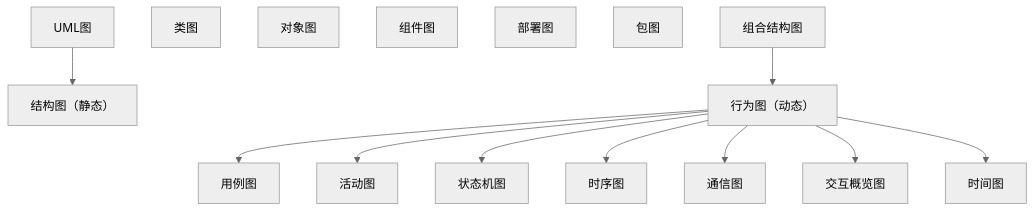
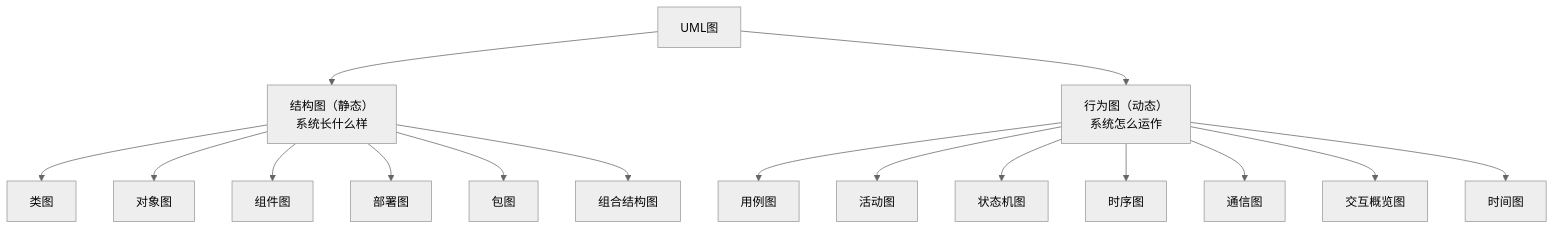
Before and after one commit to complexInG/FANDEX: the first of 8 diagrams in cnt-content/full/037-software-engineering/004-UMLGraphDetailed.md, drawn with Mermaid (neutral theme). The commit also changed other lines of this file and 219 other files, not shown here.

````diff
--- a/cnt-content/full/037-software-engineering/004-UMLGraphDetailed.md
+++ b/cnt-content/full/037-software-engineering/004-UMLGraphDetailed.md
@@ -22,28 +31,34 @@
 ```mermaid
 flowchart TD
     T0["UML图"]
-    T1["结构图（静态）"]
+    T1["结构图（静态）<br/>系统"长什么样""]
     T2["类图"]
     T3["对象图"]
     T4["组件图"]
     T5["部署图"]
     T6["包图"]
     T7["组合结构图"]
-    T8["行为图（动态）"]
+    T8["行为图（动态）<br/>系统"怎么运作""]
     T9["用例图"]
     T10["活动图"]
     T11["状态机图"]
     T12["时序图"]
     T13["通信图"]
     T14["交互概览图"]
     T15["时间图"]
     T0 --> T1
-    T7 --> T8
+    T0 --> T8
+    T1 --> T2
+    T1 --> T3
+    T1 --> T4
+    T1 --> T5
+    T1 --> T6
+    T1 --> T7
     T8 --> T9
     T8 --> T10
     T8 --> T11
     T8 --> T12
     T8 --> T13
     T8 --> T14
     T8 --> T15
 ```
````
